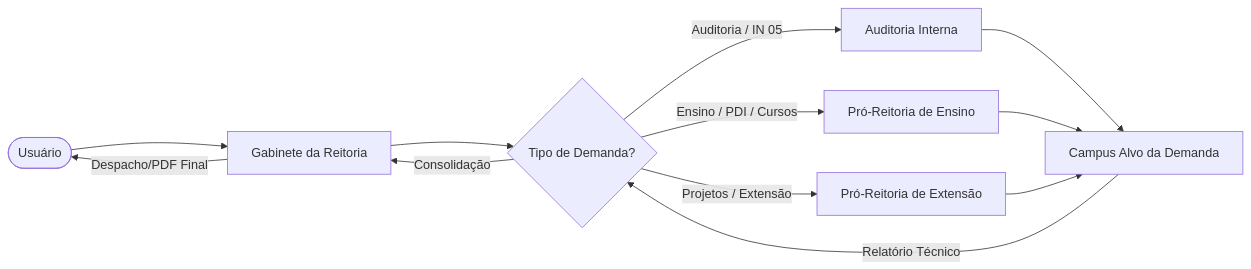
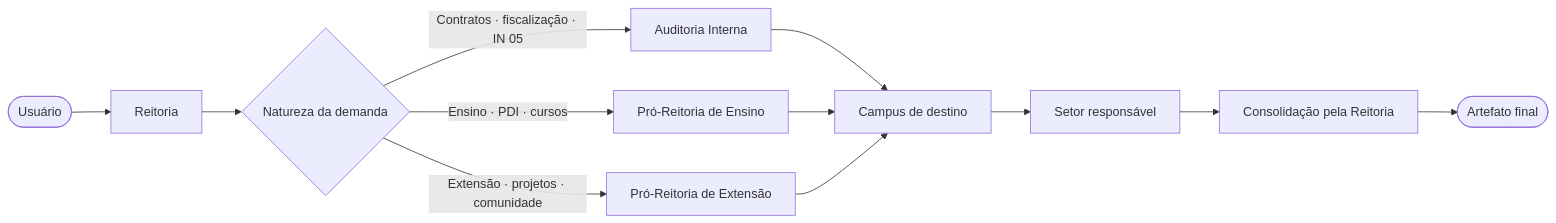
The first of 3 diagrams in iffar-3d-town/README.md (marciobisognin/GeniusAI), drawn with Mermaid before and after one commit. The commit also changed other lines of this file and 1 other file, not shown here.

````diff
--- a/iffar-3d-town/README.md
+++ b/iffar-3d-town/README.md
@@ -42,17 +80,17 @@
 ```mermaid
-graph LR
-    User([Usuário]) --> Reit[Gabinete da Reitoria]
-    Reit --> Sec{Tipo de Demanda?}
+flowchart LR
+    U([Usuário]) --> R[Reitoria]
+    R --> D{Natureza da demanda}
 
-    Sec -- Auditoria / IN 05 --> Aud[Auditoria Interna]
-    Sec -- Ensino / PDI / Cursos --> Ens[Pró-Reitoria de Ensino]
-    Sec -- Projetos / Extensão --> Ext[Pró-Reitoria de Extensão]
+    D -->|Contratos · fiscalização · IN 05| A[Auditoria Interna]
+    D -->|Ensino · PDI · cursos| E[Pró-Reitoria de Ensino]
+    D -->|Extensão · projetos · comunidade| X[Pró-Reitoria de Extensão]
 
-    Aud --> Campi[Campus Alvo da Demanda]
-    Ens --> Campi
-    Ext --> Campi
+    A --> C[Campus de destino]
+    E --> C
+    X --> C
 
-    Campi -- Relatório Técnico --> Sec
-    Sec -- Consolidação --> Reit
-    Reit -- Despacho/PDF Final --> User
+    C --> S[Setor responsável]
+    S --> R2[Consolidação pela Reitoria]
+    R2 --> F([Artefato final])
 ```
````
